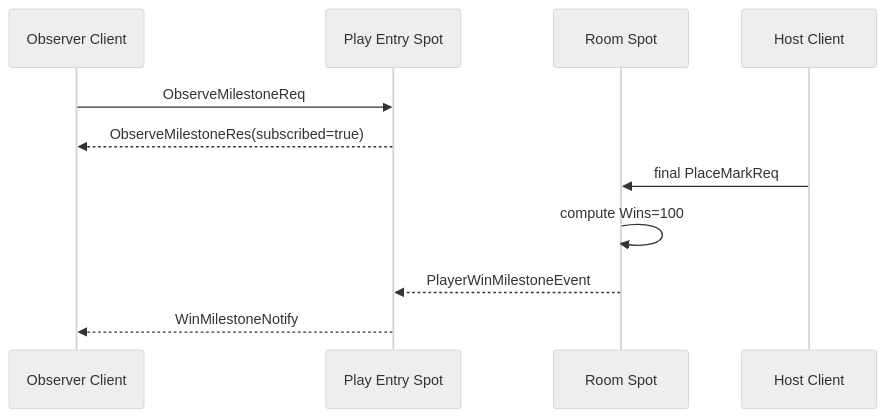
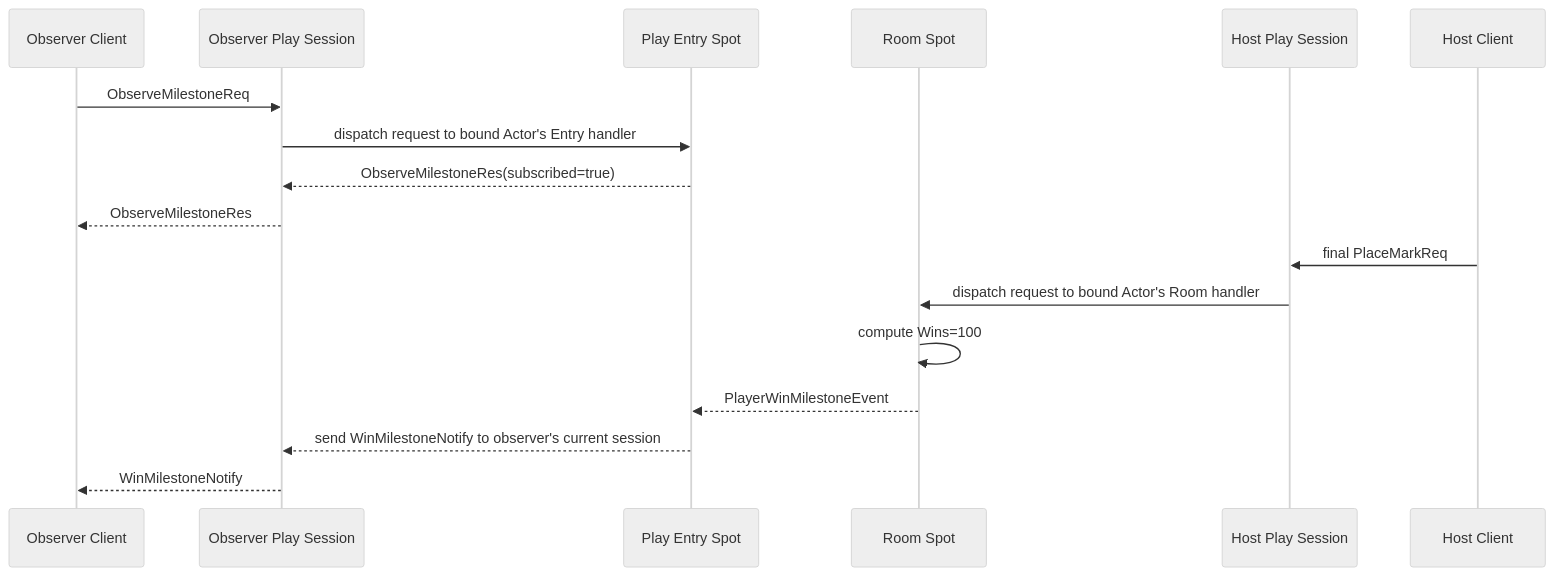
Before and after one commit to zlink-systems/zlink: the fourth of 5 diagrams in framework/doc/framework/common/sample/tictactoe/README.en.md, drawn with Mermaid (neutral theme). The commit also changed other lines of this file and 1642 other files, not shown here.

````diff
--- a/framework/doc/framework/common/sample/tictactoe/README.en.md
+++ b/framework/doc/framework/common/sample/tictactoe/README.en.md
@@ -416,14 +471,20 @@
 ```mermaid
 sequenceDiagram
     participant O as Observer Client
+    participant OP as Observer Play Session
     participant E as Play Entry Spot
     participant R as Room Spot
+    participant HP as Host Play Session
     participant H as Host Client
 
-    O->>E: ObserveMilestoneReq
-    E-->>O: ObserveMilestoneRes(subscribed=true)
-    H->>R: final PlaceMarkReq
+    O->>OP: ObserveMilestoneReq
+    OP->>E: dispatch request to bound Actor's Entry handler
+    E-->>OP: ObserveMilestoneRes(subscribed=true)
+    OP-->>O: ObserveMilestoneRes
+    H->>HP: final PlaceMarkReq
+    HP->>R: dispatch request to bound Actor's Room handler
     R->>R: compute Wins=100
     R-->>E: PlayerWinMilestoneEvent
-    E-->>O: WinMilestoneNotify
+    E-->>OP: send WinMilestoneNotify to observer's current session
+    OP-->>O: WinMilestoneNotify
 ```
````
